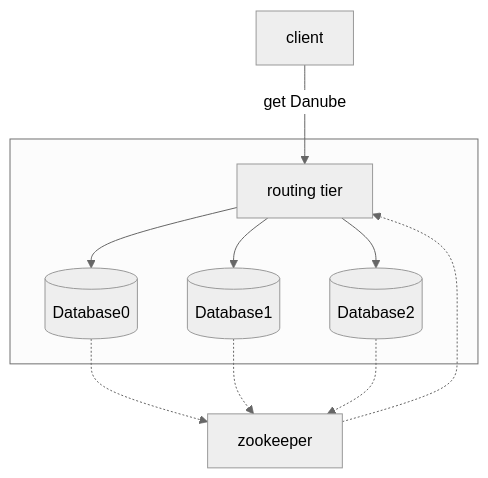
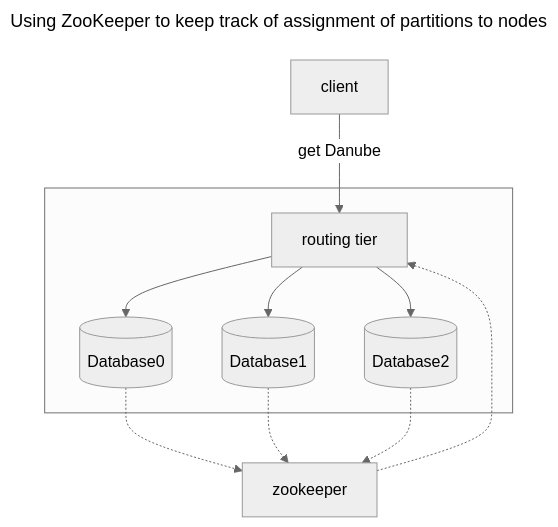
Before and after one commit to kyungrae/study: the eighth of 10 diagrams in designing-data-intensive-applications/part2.md, drawn with Mermaid (neutral theme). The commit also changed other lines of this file and 4 other files, not shown here.

````diff
--- a/designing-data-intensive-applications/part2.md
+++ b/designing-data-intensive-applications/part2.md
@@ -510,8 +521,11 @@
 ```mermaid
+---
+title: Using ZooKeeper to keep track of assignment of partitions to nodes
+---
 flowchart
   client1[client] --get Danube--> routing[routing tier]
   subgraph 1[ ]
     routing[routing tier]-->database10[(Database0)] & database11[(Database1)] & database12[(Database2)]
   end
   database10 & database11 & database12 -.-> zookeeper -.-> routing
 ```
````
